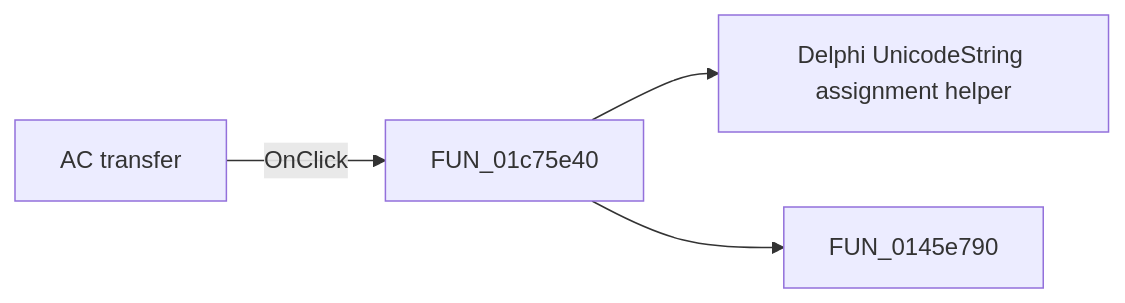
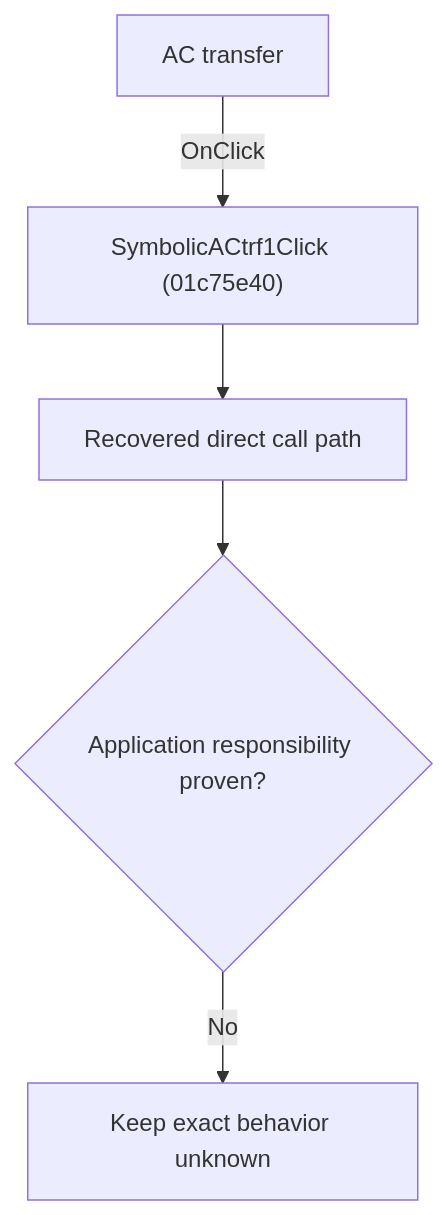
The diagram in docs/ui-controls/schematiceditor/symbolicactrf1-d2295914ac.md (MovGP0/TIARA), drawn with Mermaid before and after one commit. The commit also changed other lines of this file and 1062 other files, not shown here.

````diff
--- a/docs/ui-controls/schematiceditor/symbolicactrf1-d2295914ac.md
+++ b/docs/ui-controls/schematiceditor/symbolicactrf1-d2295914ac.md
@@ -27,6 +27,7 @@
 ```mermaid
-flowchart LR
-    control["AC transfer"] -->|OnClick| handler["FUN_01c75e40"]
-    handler --> call1["Delphi UnicodeString assignment helper"]
-    handler --> call2["FUN_0145e790"]
+flowchart TD
+    control["AC transfer"] -->|"OnClick"| handler["SymbolicACtrf1Click (01c75e40)"]
+    handler --> recovered["Recovered direct call path"]
+    recovered --> gap{"Application responsibility proven?"}
+    gap -->|"No"| blocked["Keep exact behavior unknown"]
 ```
````
